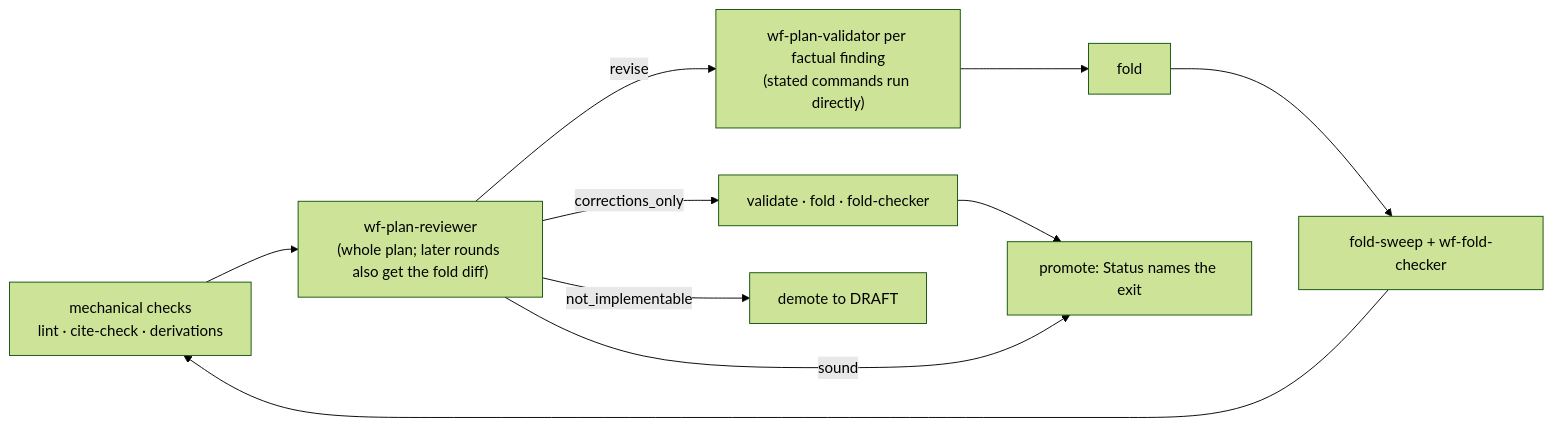
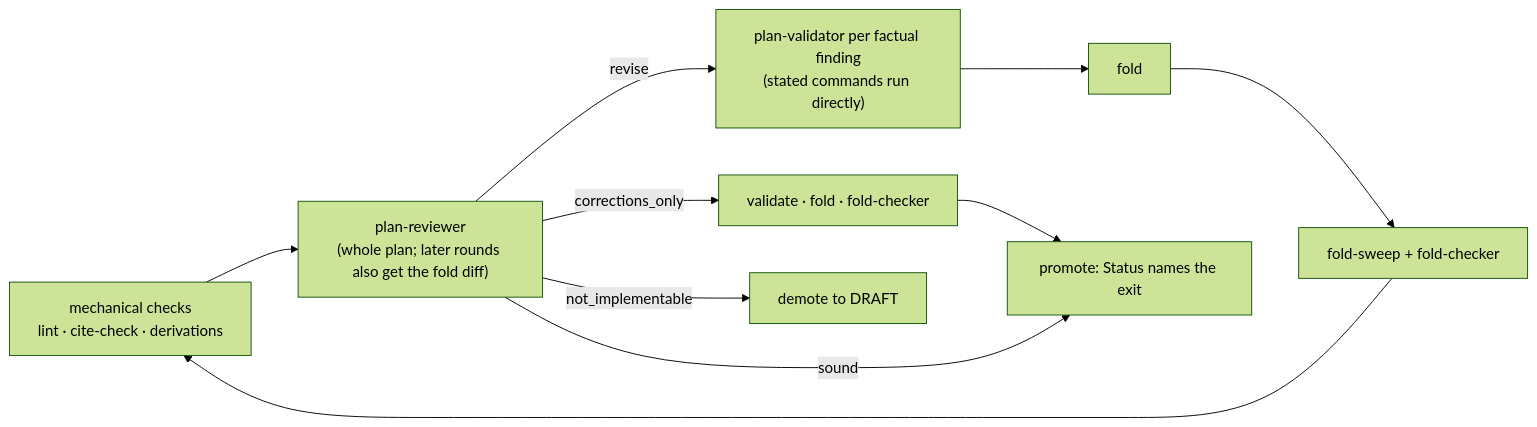
The second of 2 diagrams in README.md (aleskiontherun/claude-workflows), drawn with Mermaid (forest theme) before and after one commit. The commit also changed other lines of this file and 99 other files, not shown here.

````diff
--- a/README.md
+++ b/README.md
@@ -191,8 +219,8 @@
 ```mermaid
 flowchart LR
-    M["mechanical checks<br/>lint · cite-check · derivations"] --> PR["wf-plan-reviewer<br/>(whole plan; later rounds also get the fold diff)"]
-    PR -->|revise| VAL["wf-plan-validator per factual finding<br/>(stated commands run directly)"] --> FOLD["fold"] --> FC["fold-sweep + wf-fold-checker"] --> M
+    M["mechanical checks<br/>lint · cite-check · derivations"] --> PR["plan-reviewer<br/>(whole plan; later rounds also get the fold diff)"]
+    PR -->|revise| VAL["plan-validator per factual finding<br/>(stated commands run directly)"] --> FOLD["fold"] --> FC["fold-sweep + fold-checker"] --> M
     PR -->|corrections_only| VC["validate · fold · fold-checker"] --> DONE
     PR -->|sound| DONE["promote: Status names the exit"]
     PR -->|not_implementable| DRAFT["demote to DRAFT"]
 ```
````
